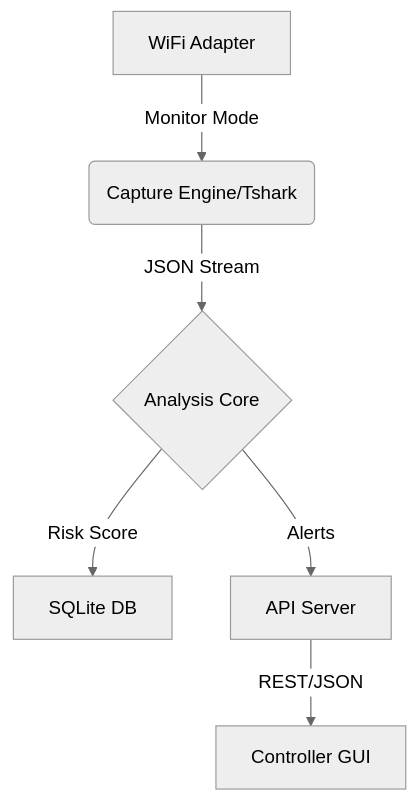
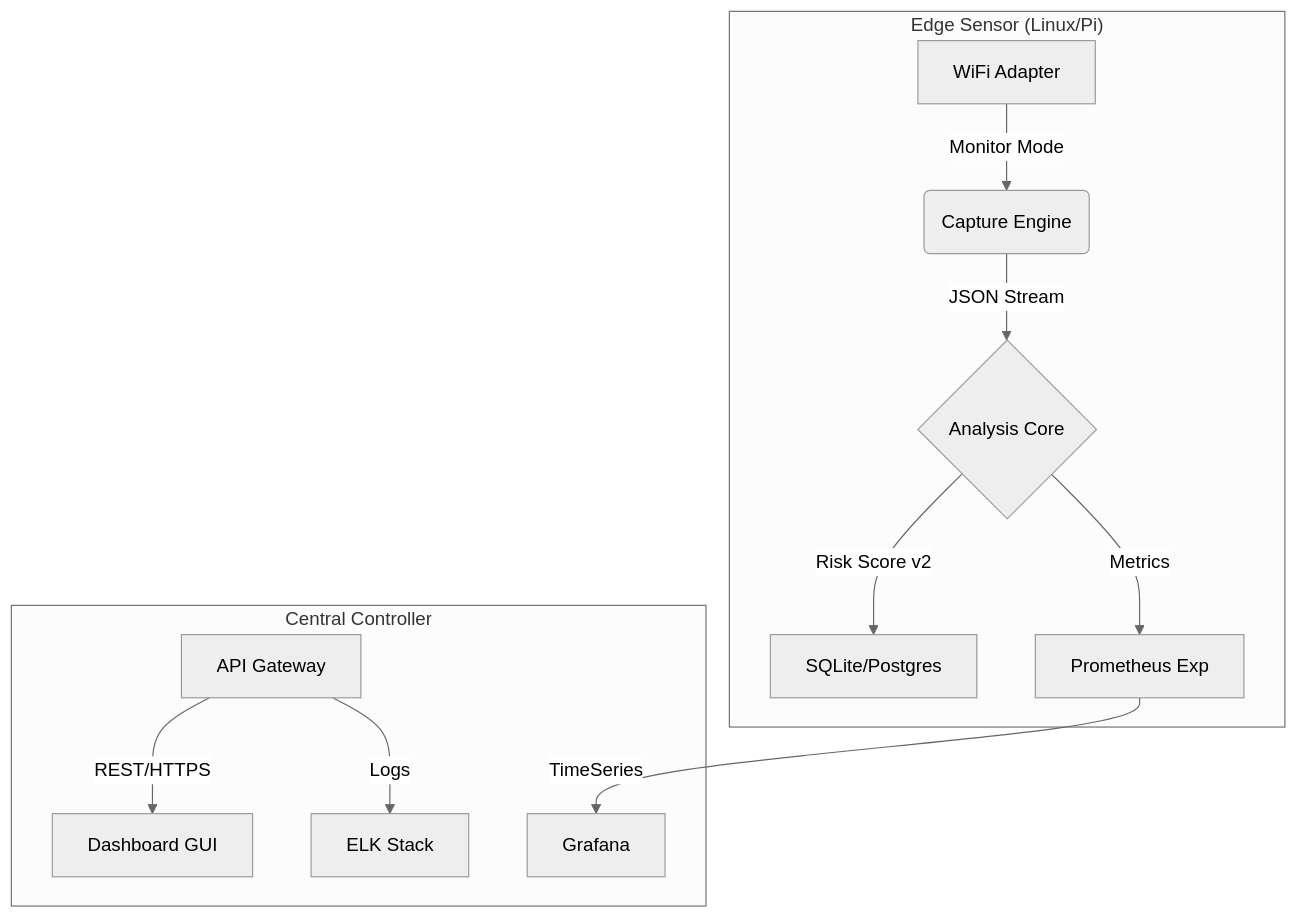
One commit to Anduong1200/sentinel-netlab changed the diagram in README.md. Above: the diagram before and after it, drawn with Mermaid (neutral theme). The commit also changed other lines of this file and 26 other files, not shown here.

Commit message:
feat: Introduce initial Sentinel NetLab sensor with network capture, risk scoring, API, operational tooling, and comprehensive documentation.

````diff
--- a/README.md
+++ b/README.md
@@ -49,8 +50,15 @@
 ```mermaid
 graph TD
-    A[WiFi Adapter] -->|Monitor Mode| B(Capture Engine/Tshark)
-    B -->|JSON Stream| C{Analysis Core}
-    C -->|Risk Score| D[SQLite DB]
-    C -->|Alerts| E[API Server]
-    E -->|REST/JSON| F[Controller GUI]
+    subgraph "Edge Sensor (Linux/Pi)"
+        A[WiFi Adapter] -->|Monitor Mode| B(Capture Engine)
+        B -->|JSON Stream| C{Analysis Core}
+        C -->|Risk Score v2| D[SQLite/Postgres]
+        C -->|Metrics| P[Prometheus Exp]
+    end
+    
+    subgraph "Central Controller"
+        E[API Gateway] -->|REST/HTTPS| F[Dashboard GUI]
+        E -->|Logs| G[ELK Stack]
+        P -->|TimeSeries| H[Grafana]
+    end
 ```
````
